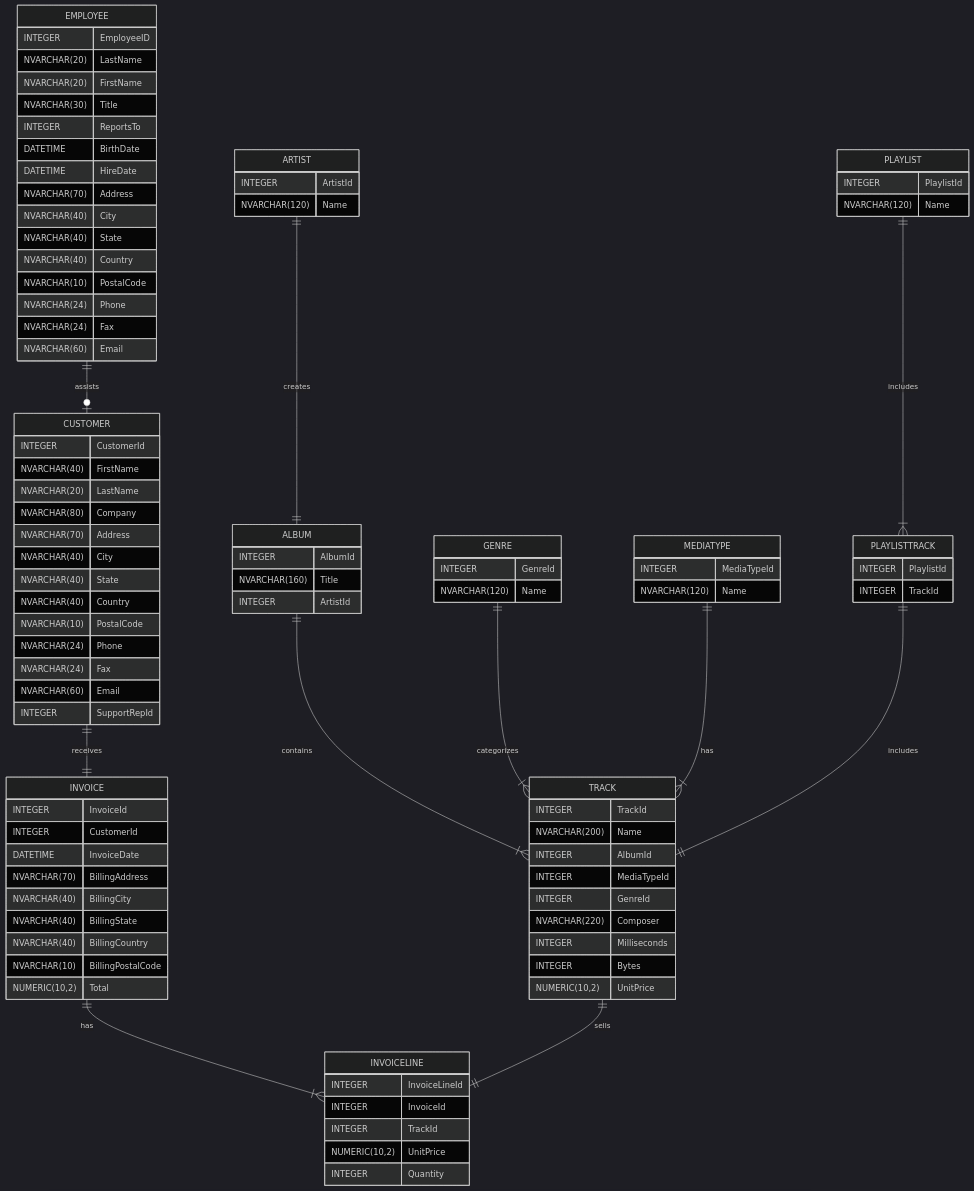
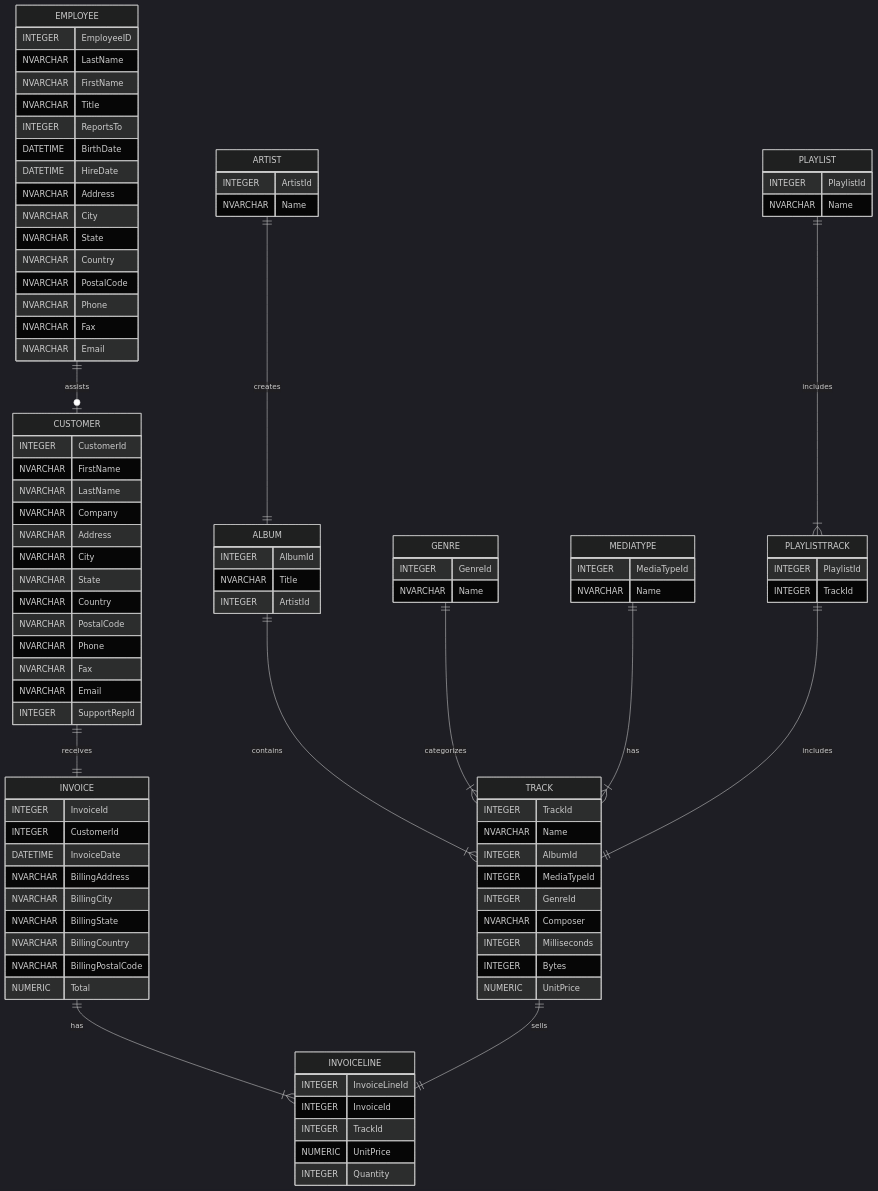
One commit to rabestro/sql-essential-training-coursework changed the diagram in schema.mermaid. Above: the diagram before and after it, drawn with Mermaid (dark theme). The commit also changed 4 other files, not shown here.

First line of the commit message:
Refactor schema and add new SQL queries

```diff
--- a/schema.mermaid
+++ b/schema.mermaid
@@ -1,108 +1,108 @@
 erDiagram
+    ALBUM {
+        INTEGER AlbumId
+        NVARCHAR Title
+        INTEGER ArtistId
+    }
+
+    ARTIST {
+        INTEGER ArtistId
+        NVARCHAR Name
+    }
+
+    CUSTOMER {
+        INTEGER CustomerId
+        NVARCHAR FirstName
+        NVARCHAR LastName
+        NVARCHAR Company
+        NVARCHAR Address
+        NVARCHAR City
+        NVARCHAR State
+        NVARCHAR Country
+        NVARCHAR PostalCode
+        NVARCHAR Phone
+        NVARCHAR Fax
+        NVARCHAR Email
+        INTEGER SupportRepId
+    }
+
+    EMPLOYEE {
+        INTEGER EmployeeID
+        NVARCHAR LastName
+        NVARCHAR FirstName
+        NVARCHAR Title
+        INTEGER ReportsTo
+        DATETIME BirthDate
+        DATETIME HireDate
+        NVARCHAR Address
+        NVARCHAR City
+        NVARCHAR State
+        NVARCHAR Country
+        NVARCHAR PostalCode
+        NVARCHAR Phone
+        NVARCHAR Fax
+        NVARCHAR Email
+    }
+
+    GENRE {
+        INTEGER GenreId
+        NVARCHAR Name
+    }
+
+    INVOICE {
+        INTEGER InvoiceId
+        INTEGER CustomerId
+        DATETIME InvoiceDate
+        NVARCHAR BillingAddress
+        NVARCHAR BillingCity
+        NVARCHAR BillingState
+        NVARCHAR BillingCountry
+        NVARCHAR BillingPostalCode
+        NUMERIC Total
+    }
+
+    INVOICELINE {
+        INTEGER InvoiceLineId
+        INTEGER InvoiceId
+        INTEGER TrackId
+        NUMERIC UnitPrice
+        INTEGER Quantity
+    }
+
+    MEDIATYPE {
+        INTEGER MediaTypeId
+        NVARCHAR Name
+    }
+
+    PLAYLIST {
+        INTEGER PlaylistId
+        NVARCHAR Name
+    }
+
+    PLAYLISTTRACK {
+        INTEGER PlaylistId
+        INTEGER TrackId
+    }
+
+    TRACK {
+        INTEGER TrackId
+        NVARCHAR Name
+        INTEGER AlbumId
+        INTEGER MediaTypeId
+        INTEGER GenreId
+        NVARCHAR Composer
+        INTEGER Milliseconds
+        INTEGER Bytes
+        NUMERIC UnitPrice
+    }
+
     ALBUM ||--|{ TRACK : "contains"
     ARTIST ||--|| ALBUM : "creates"
     CUSTOMER ||--|| INVOICE : "receives"
     EMPLOYEE ||--o| CUSTOMER : "assists"
     GENRE ||--|{ TRACK : "categorizes"
     INVOICE ||--|{ INVOICELINE : "has"
     MEDIATYPE ||--|{ TRACK : "has"
     PLAYLIST ||--|{ PLAYLISTTRACK : "includes"
     PLAYLISTTRACK ||--|| TRACK : "includes"
     TRACK ||--|| INVOICELINE : "sells"
-
-    ALBUM {
-        INTEGER AlbumId
-        NVARCHAR(160) Title
-        INTEGER ArtistId
-    }
-
-    ARTIST {
-        INTEGER ArtistId
-        NVARCHAR(120) Name
-    }
-
-    CUSTOMER {
-        INTEGER CustomerId
-        NVARCHAR(40) FirstName
-        NVARCHAR(20) LastName
-        NVARCHAR(80) Company
-        NVARCHAR(70) Address
-        NVARCHAR(40) City
-        NVARCHAR(40) State
-        NVARCHAR(40) Country
-        NVARCHAR(10) PostalCode
-        NVARCHAR(24) Phone
-        NVARCHAR(24) Fax
-        NVARCHAR(60) Email
-        INTEGER SupportRepId
-    }
-
-    EMPLOYEE {
-        INTEGER EmployeeID
-        NVARCHAR(20) LastName
-        NVARCHAR(20) FirstName
-        NVARCHAR(30) Title
-        INTEGER ReportsTo
-        DATETIME BirthDate
-        DATETIME HireDate
-        NVARCHAR(70) Address
-        NVARCHAR(40) City
-        NVARCHAR(40) State
-        NVARCHAR(40) Country
-        NVARCHAR(10) PostalCode
-        NVARCHAR(24) Phone
-        NVARCHAR(24) Fax
-        NVARCHAR(60) Email
-    }
-
-    GENRE {
-        INTEGER GenreId
-        NVARCHAR(120) Name
-    }
-
-    INVOICE {
-        INTEGER InvoiceId
-        INTEGER CustomerId
-        DATETIME InvoiceDate
-        NVARCHAR(70) BillingAddress
-        NVARCHAR(40) BillingCity
-        NVARCHAR(40) BillingState
-        NVARCHAR(40) BillingCountry
-        NVARCHAR(10) BillingPostalCode
-        NUMERIC(10,2) Total
-    }
-
-    INVOICELINE {
-        INTEGER InvoiceLineId
-        INTEGER InvoiceId
-        INTEGER TrackId
-        NUMERIC(10,2) UnitPrice
-        INTEGER Quantity
-    }
-
-    MEDIATYPE {
-        INTEGER MediaTypeId
-        NVARCHAR(120) Name
-    }
-
-    PLAYLIST {
-        INTEGER PlaylistId
-        NVARCHAR(120) Name
-    }
-
-    PLAYLISTTRACK {
-        INTEGER PlaylistId
-        INTEGER TrackId
-    }
-
-    TRACK {
-        INTEGER TrackId
-        NVARCHAR(200) Name
-        INTEGER AlbumId
-        INTEGER MediaTypeId
-        INTEGER GenreId
-        NVARCHAR(220) Composer
-        INTEGER Milliseconds
-        INTEGER Bytes
-        NUMERIC(10,2) UnitPrice
-    }
```
